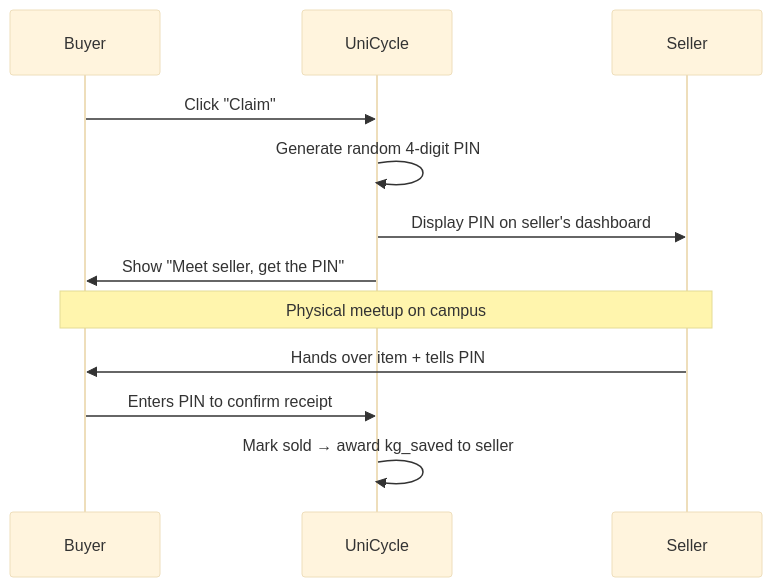
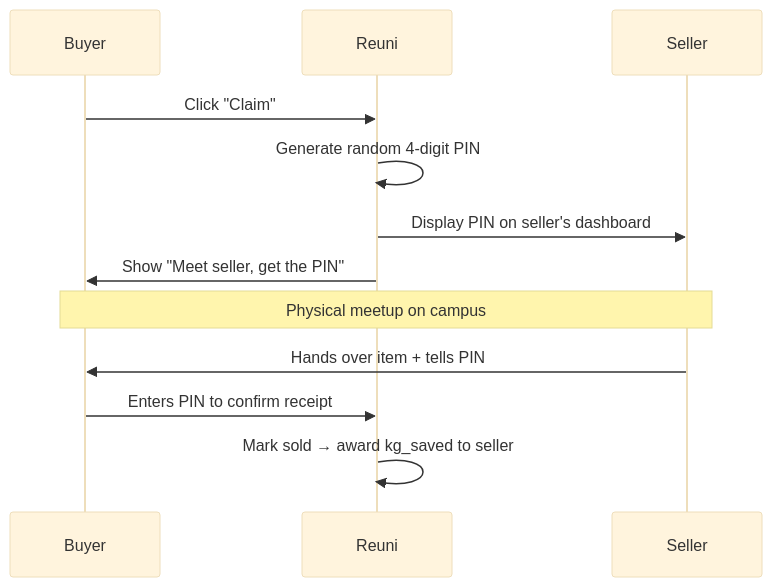
The first of 3 diagrams in product_specification.md (YousefAliUK/Reuni), drawn with Mermaid (base theme) before and after one commit. The commit also changed other lines of this file and 50 other files, not shown here.

````diff
--- a/product_specification.md
+++ b/product_specification.md
@@ -175,15 +214,15 @@
 ```mermaid
 sequenceDiagram
     participant Buyer
-    participant App as UniCycle
+    participant App as Reuni
     participant Seller
 
     Buyer->>App: Click "Claim"
     App->>App: Generate random 4-digit PIN
     App->>Seller: Display PIN on seller's dashboard
     App->>Buyer: Show "Meet seller, get the PIN"
     Note over Buyer,Seller: Physical meetup on campus
     Seller->>Buyer: Hands over item + tells PIN
     Buyer->>App: Enters PIN to confirm receipt
     App->>App: Mark sold → award kg_saved to seller
 ```
````
